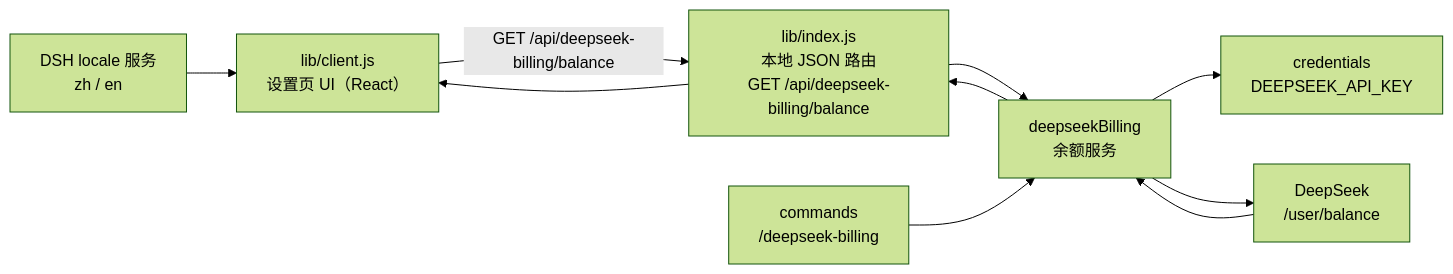
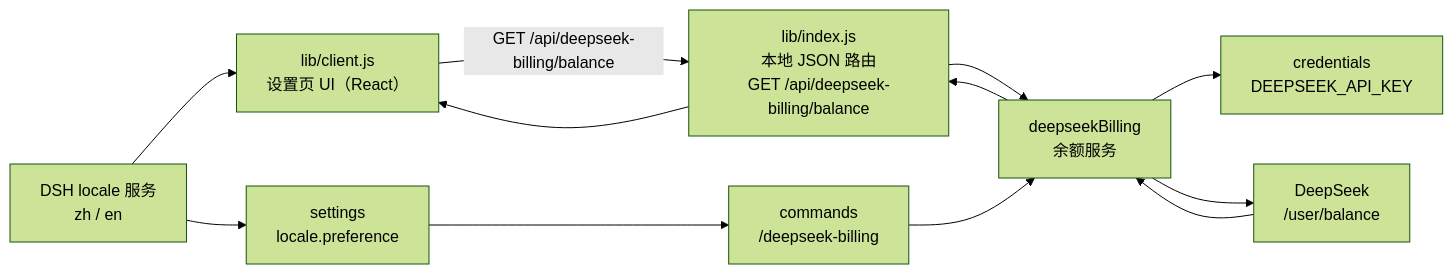
Before and after one commit to golitter/dsh-deepseek-billing: the diagram in docs/design.md, drawn with Mermaid (forest theme). The commit also changed other lines of this file and 4 other files, not shown here.

````diff
--- a/docs/design.md
+++ b/docs/design.md
@@ -32,17 +32,20 @@
 ```mermaid
 flowchart LR
     UI["lib/client.js<br/>设置页 UI（React）"]
     API["lib/index.js<br/>本地 JSON 路由<br/>GET /api/deepseek-billing/balance"]
     SVC["deepseekBilling<br/>余额服务"]
     KEY["credentials<br/>DEEPSEEK_API_KEY"]
     DS["DeepSeek<br/>/user/balance"]
     LOC["DSH locale 服务<br/>zh / en"]
+    PREF["settings<br/>locale.preference"]
     CMD["commands<br/>/deepseek-billing"]
     UI -->|"GET /api/deepseek-billing/balance"| API
     API --> SVC
     SVC --> KEY
     SVC --> DS
     DS --> SVC --> API --> UI
     LOC --> UI
+    LOC --> PREF
+    PREF --> CMD
     CMD --> SVC
 ```
````
